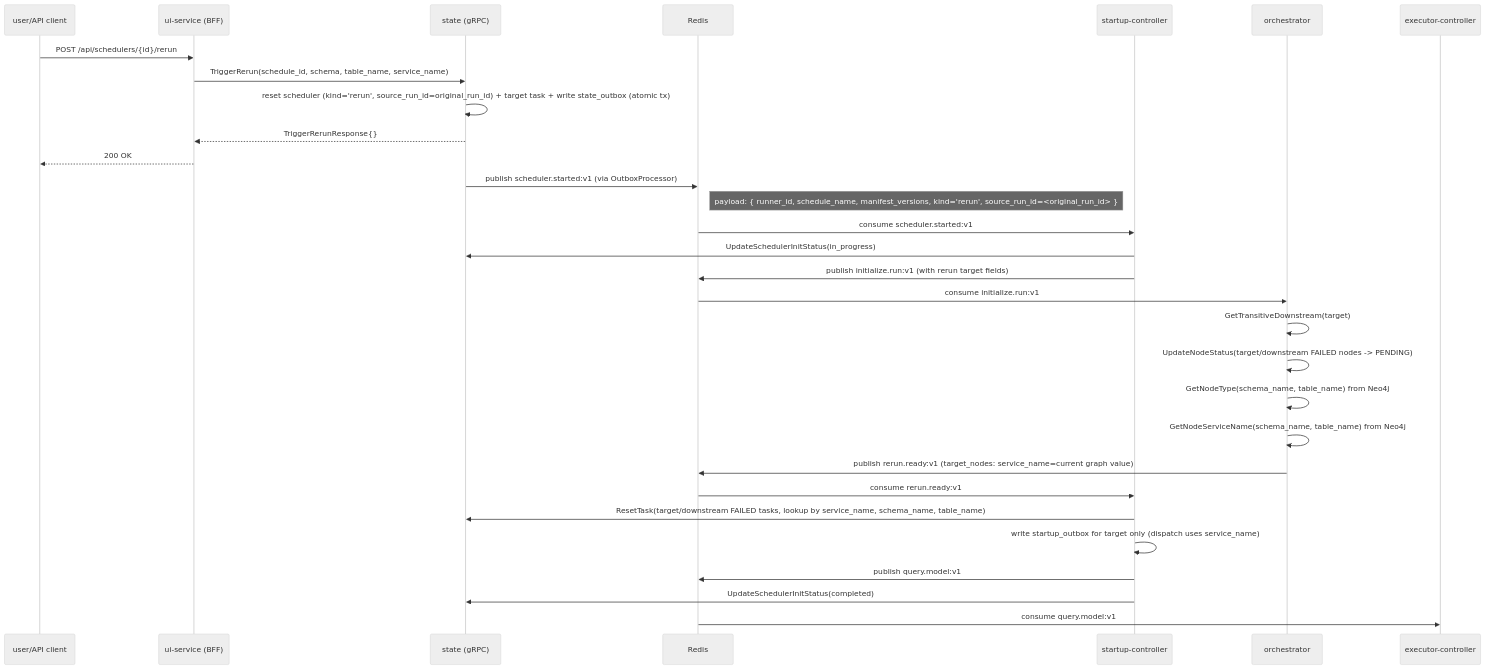
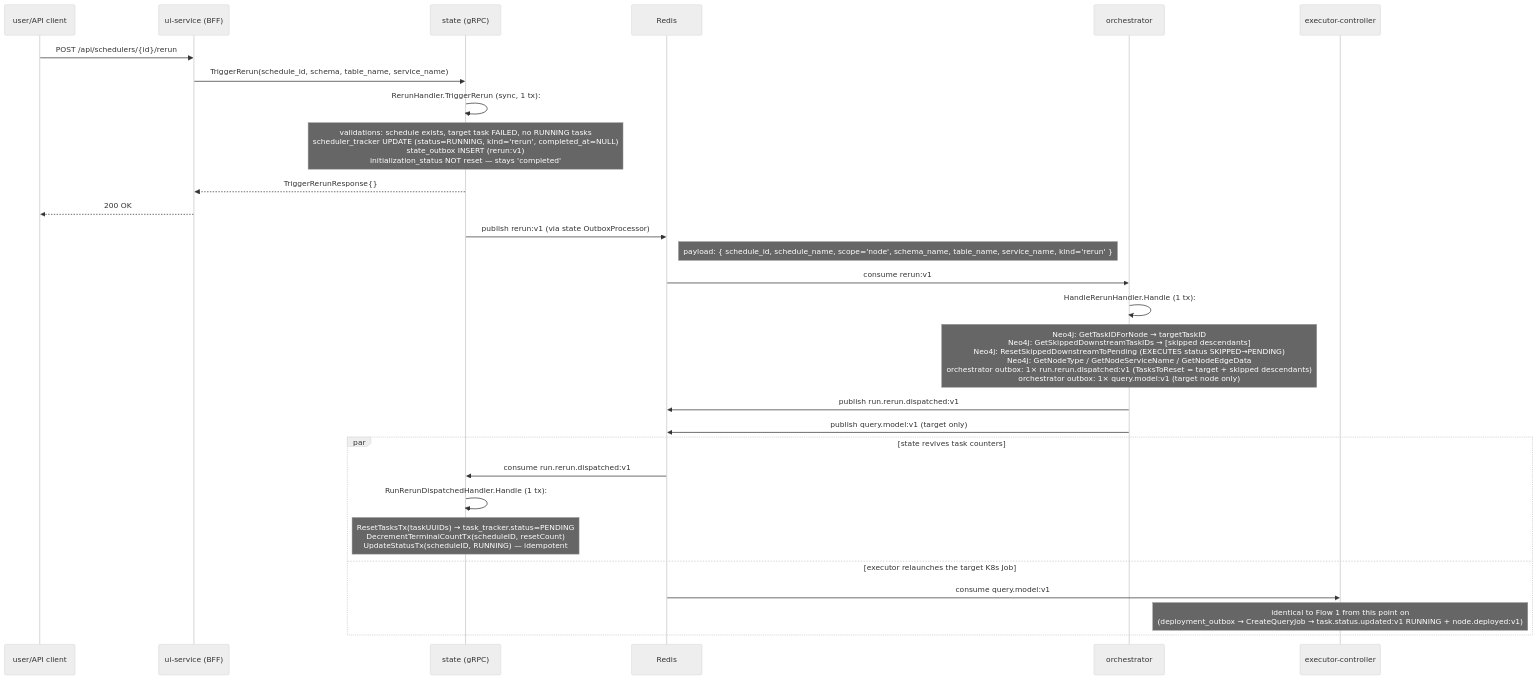
One commit to carolsimone/continuo changed the fourth of 8 diagrams in docs/arch/03-sequence-flows.md. Above: the diagram before and after it, drawn with Mermaid (neutral theme). The commit also changed other lines of this file and 3 other files, not shown here.

````diff
--- a/docs/arch/03-sequence-flows.md
+++ b/docs/arch/03-sequence-flows.md
@@ -120,33 +124,33 @@
 ```mermaid
 sequenceDiagram
   participant U as user/API client
   participant UI as ui-service (BFF)
   participant ST as state (gRPC)
   participant R as Redis
-  participant SC as startup-controller
   participant OR as orchestrator
   participant EC as executor-controller
 
   U->>UI: POST /api/schedulers/{id}/rerun
   UI->>ST: TriggerRerun(schedule_id, schema, table_name, service_name)
-  ST->>ST: reset scheduler (kind='rerun', source_run_id=original_run_id) + target task + write state_outbox (atomic tx)
+  ST->>ST: RerunHandler.TriggerRerun (sync, 1 tx):
+  Note over ST: validations: schedule exists, target task FAILED, no RUNNING tasks<br/>scheduler_tracker UPDATE (status=RUNNING, kind='rerun', completed_at=NULL)<br/>state_outbox INSERT (rerun:v1)<br/>initialization_status NOT reset — stays 'completed'
   ST-->>UI: TriggerRerunResponse{}
   UI-->>U: 200 OK
-  ST->>R: publish scheduler.started:v1 (via OutboxProcessor)
-  note right of R: payload: { runner_id, schedule_name, manifest_versions, kind='rerun', source_run_id=<original_run_id> }
-  R->>SC: consume scheduler.started:v1
-  SC->>ST: UpdateSchedulerInitStatus(in_progress)
-  SC->>R: publish initialize.run:v1 (with rerun target fields)
-  R->>OR: consume initialize.run:v1
-  OR->>OR: GetTransitiveDownstream(target)
-  OR->>OR: UpdateNodeStatus(target/downstream FAILED nodes -> PENDING)
-  OR->>OR: GetNodeType(schema_name, table_name) from Neo4j
-  OR->>OR: GetNodeServiceName(schema_name, table_name) from Neo4j
-  OR->>R: publish rerun.ready:v1 (target_nodes: service_name=current graph value)
-  R->>SC: consume rerun.ready:v1
-  SC->>ST: ResetTask(target/downstream FAILED tasks, lookup by service_name, schema_name, table_name)
-  SC->>SC: write startup_outbox for target only (dispatch uses service_name)
-  SC->>R: publish query.model:v1
-  SC->>ST: UpdateSchedulerInitStatus(completed)
-  R->>EC: consume query.model:v1
+  ST->>R: publish rerun:v1 (via state OutboxProcessor)
+  note right of R: payload: { schedule_id, schedule_name, scope='node', schema_name, table_name, service_name, kind='rerun' }
+
+  R->>OR: consume rerun:v1
+  OR->>OR: HandleRerunHandler.Handle (1 tx):
+  Note over OR: Neo4j: GetTaskIDForNode → targetTaskID<br/>Neo4j: GetSkippedDownstreamTaskIDs → [skipped descendants]<br/>Neo4j: ResetSkippedDownstreamToPending (EXECUTES status SKIPPED→PENDING)<br/>Neo4j: GetNodeType / GetNodeServiceName / GetNodeEdgeData<br/>orchestrator outbox: 1× run.rerun.dispatched:v1 (TasksToReset = target + skipped descendants)<br/>orchestrator outbox: 1× query.model:v1 (target node only)
+  OR->>R: publish run.rerun.dispatched:v1
+  OR->>R: publish query.model:v1 (target only)
+
+  par state revives task counters
+    R->>ST: consume run.rerun.dispatched:v1
+    ST->>ST: RunRerunDispatchedHandler.Handle (1 tx):
+    Note over ST: ResetTasksTx(taskUUIDs) → task_tracker.status=PENDING<br/>DecrementTerminalCountTx(scheduleID, resetCount)<br/>UpdateStatusTx(scheduleID, RUNNING) — idempotent
+  and executor relaunches the target K8s Job
+    R->>EC: consume query.model:v1
+    Note over EC: identical to Flow 1 from this point on<br/>(deployment_outbox → CreateQueryJob → task.status.updated:v1 RUNNING + node.deployed:v1)
+  end
 ```
````
